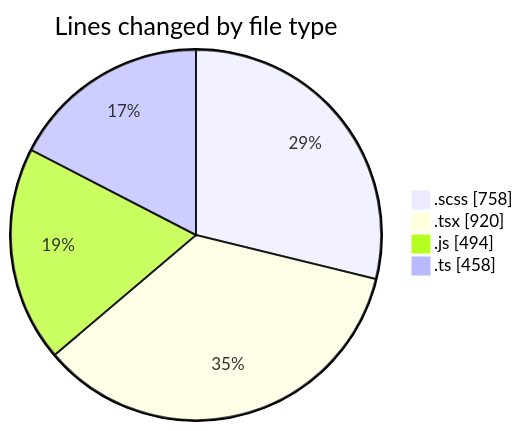
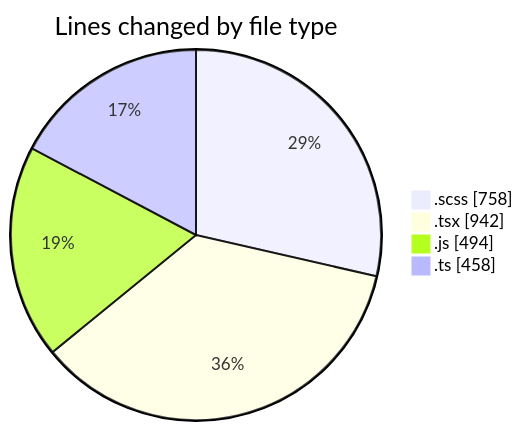
One commit to momahboobian/code-tracking changed the first of 2 diagrams in 2025-03-14/cda/README.md. Above: the diagram before and after it, drawn with Mermaid. The commit also changed other lines of this file and 1 other file, not shown here.

````diff
--- a/2025-03-14/cda/README.md
+++ b/2025-03-14/cda/README.md
@@ -34,8 +34,8 @@
 ```mermaid
 pie showData
 title Lines changed by file type
 ".scss" : 758
-".tsx" : 920
+".tsx" : 942
 ".js" : 494
 ".ts" : 458
 ```
````
